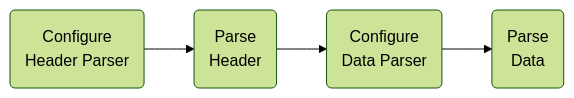
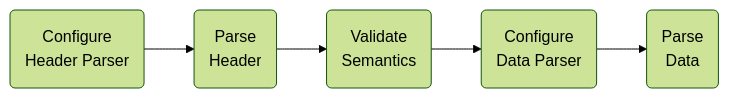
One commit to mikaelhg/pxspec changed the diagram in README.md. Above: the diagram before and after it, drawn with Mermaid (forest theme). The commit also changed other lines of this file and 3 other files, not shown here.

````diff
--- a/README.md
+++ b/README.md
@@ -17,11 +17,13 @@
 ```mermaid
 flowchart LR
     chp(Configure \n Header Parser)
     ph(Parse \n Header)
+    vhs(Validate \n Semantics)
     cdp(Configure \n Data Parser)
     pd(Parse \n Data)
 
     chp --> ph
-    ph --> cdp
+    ph --> vhs
+    vhs --> cdp
     cdp --> pd
 ```
````
